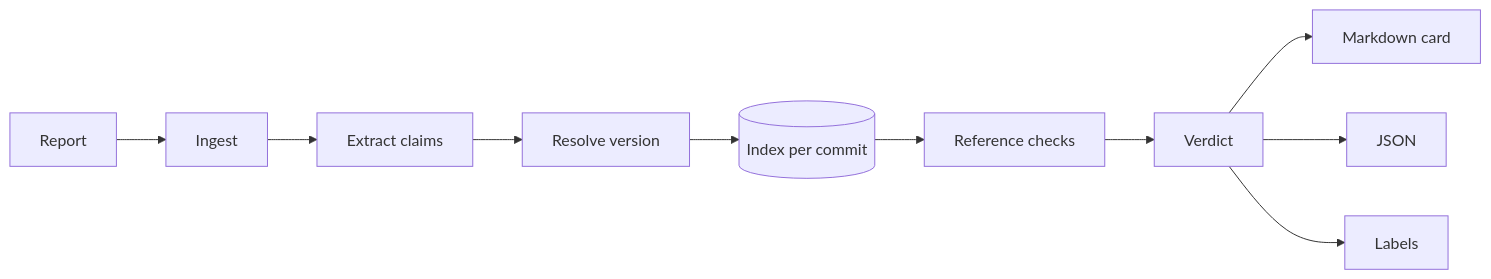
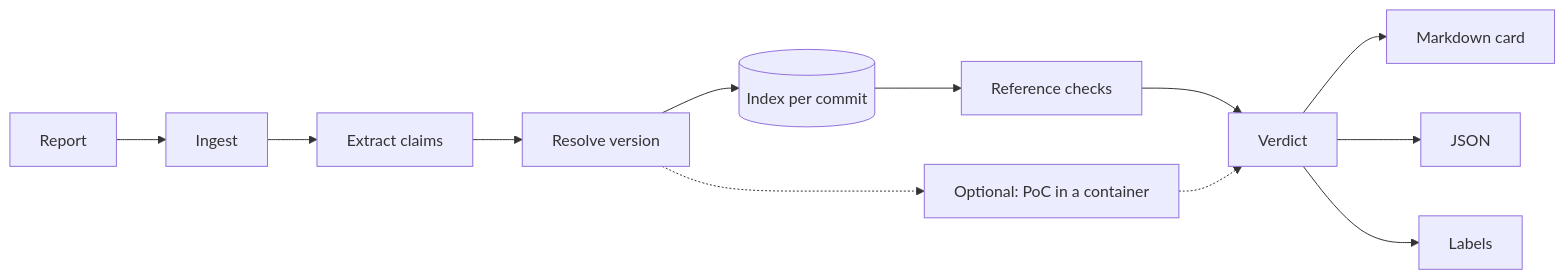
One commit to B0yko/sloptriage changed the diagram in docs/how-it-works.md. Above: the diagram before and after it, drawn with Mermaid. The commit also changed other lines of this file and 10 other files, not shown here.

````diff
--- a/docs/how-it-works.md
+++ b/docs/how-it-works.md
@@ -3,6 +3,7 @@
 ```mermaid
 flowchart LR
   R[Report] --> I[Ingest] --> E[Extract claims] --> V[Resolve version]
   V --> X[(Index per commit)] --> C[Reference checks] --> D[Verdict]
   D --> M[Markdown card] & J[JSON] & L[Labels]
+  V -.-> P[Optional: PoC in a container] -.-> D
 ```
````
